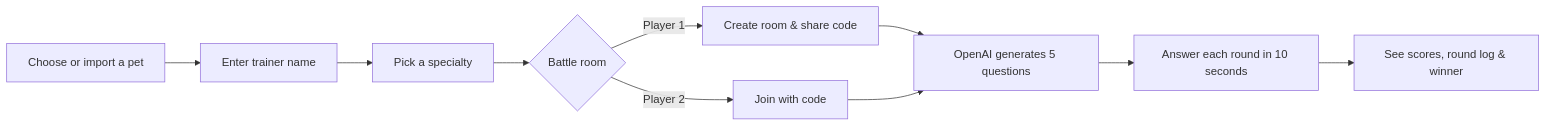
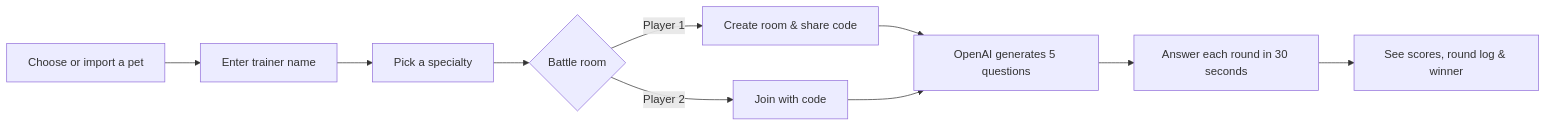
The first of 2 diagrams in README.md (ankushop2/Codexeum), drawn with Mermaid before and after one commit. The commit also changed other lines of this file and 7 other files, not shown here.

````diff
--- a/README.md
+++ b/README.md
@@ -29,12 +29,12 @@
 ```mermaid
 flowchart LR
     A[Choose or import a pet] --> B[Enter trainer name]
     B --> C[Pick a specialty]
     C --> D{Battle room}
     D -->|Player 1| E[Create room & share code]
     D -->|Player 2| F[Join with code]
     E --> G[OpenAI generates 5 questions]
     F --> G
-    G --> H[Answer each round in 10 seconds]
+    G --> H[Answer each round in 30 seconds]
     H --> I[See scores, round log & winner]
 ```
````
